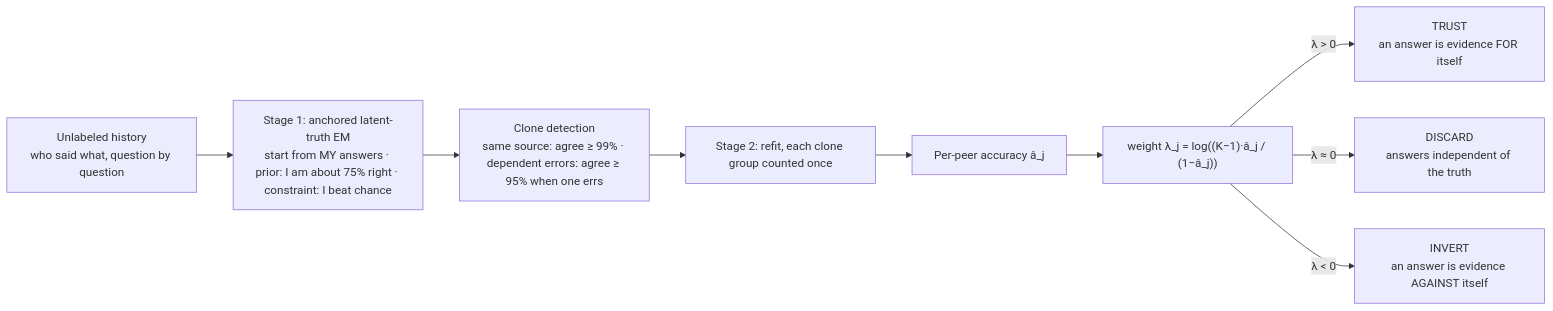
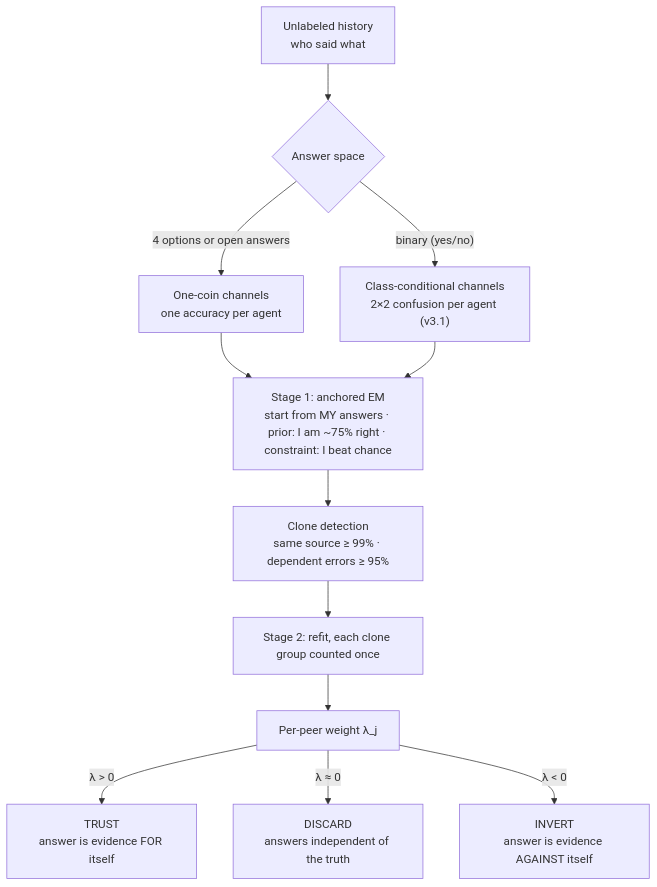
Before and after one commit to Hisernberg/liars-are-information: the third of 5 diagrams in README.md, drawn with Mermaid. The commit also changed other lines of this file and 217 other files, not shown here.

````diff
--- a/README.md
+++ b/README.md
@@ -74,11 +231,14 @@
 ```mermaid
-flowchart LR
-    A["Unlabeled history<br/>who said what, question by question"] --> B["Stage 1: anchored latent-truth EM<br/>start from MY answers · prior: I am about 75% right · constraint: I beat chance"]
-    B --> C["Clone detection<br/>same source: agree ≥ 99% · dependent errors: agree ≥ 95% when one errs"]
+flowchart TB
+    A["Unlabeled history<br/>who said what"] --> S{"Answer space"}
+    S -->|"binary (yes/no)"| C2["Class-conditional channels<br/>2×2 confusion per agent (v3.1)"]
+    S -->|"4 options or open answers"| C1["One-coin channels<br/>one accuracy per agent"]
+    C1 --> B["Stage 1: anchored EM<br/>start from MY answers · prior: I am ~75% right · constraint: I beat chance"]
+    C2 --> B
+    B --> C["Clone detection<br/>same source ≥ 99% · dependent errors ≥ 95%"]
     C --> D["Stage 2: refit, each clone group counted once"]
-    D --> E["Per-peer accuracy â_j"]
-    E --> F["weight λ_j = log((K−1)·â_j / (1−â_j))"]
-    F -->|"λ > 0"| T["TRUST<br/>an answer is evidence FOR itself"]
-    F -->|"λ ≈ 0"| X["DISCARD<br/>answers independent of the truth"]
-    F -->|"λ < 0"| I["INVERT<br/>an answer is evidence AGAINST itself"]
+    D --> E["Per-peer weight λ_j"]
+    E -->|"λ > 0"| T["TRUST<br/>answer is evidence FOR itself"]
+    E -->|"λ ≈ 0"| X["DISCARD<br/>answers independent of the truth"]
+    E -->|"λ < 0"| I["INVERT<br/>answer is evidence AGAINST itself"]
 ```
````
